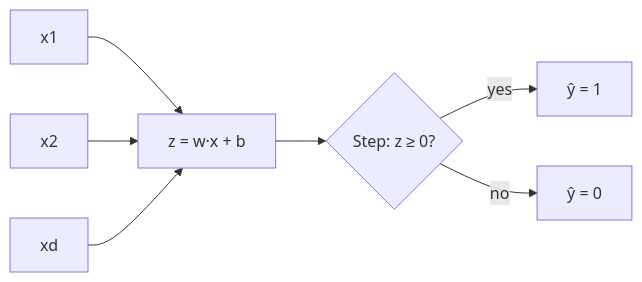
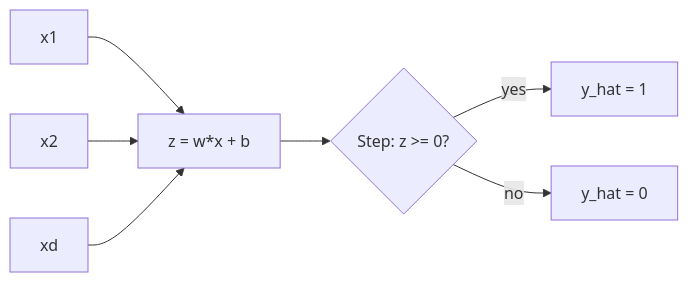
Before and after one commit to satishify/BackBenchLearner: the diagram in content/genai/module-1-foundations/session-1-ai-dl-essentials/07-artificial-neuron-and-perceptron.md, drawn with Mermaid. The commit also changed 242 other files, not shown here.

````diff
--- a/content/genai/module-1-foundations/session-1-ai-dl-essentials/07-artificial-neuron-and-perceptron.md
+++ b/content/genai/module-1-foundations/session-1-ai-dl-essentials/07-artificial-neuron-and-perceptron.md
@@ -48,9 +48,9 @@
 ```mermaid
 flowchart LR
-  X1[x1] --> Z[z = w·x + b]
+  X1[x1] --> Z[z = w*x + b]
   X2[x2] --> Z
   X3[xd] --> Z
-  Z --> A{Step: z ≥ 0?}
-  A -->|yes| Y1[ŷ = 1]
-  A -->|no| Y0[ŷ = 0]
+  Z --> A{Step: z >= 0?}
+  A -->|yes| Y1[y_hat = 1]
+  A -->|no| Y0[y_hat = 0]
 ```
````
